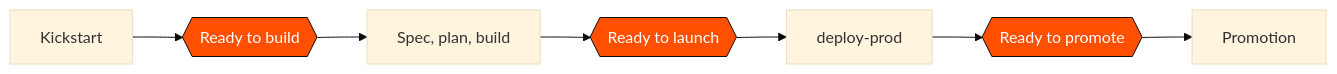
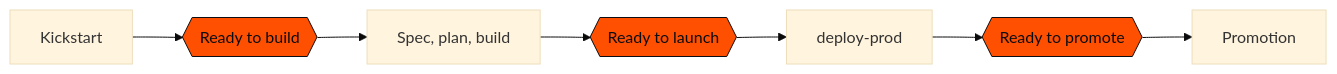
One commit to ouroboric-dev/ouroboric changed the diagram in docs/assets/diagrams/readiness-levels.mmd. Above: the diagram before and after it, drawn with Mermaid (base theme). The commit also changed 12 other files, not shown here.

```diff
--- a/docs/assets/diagrams/readiness-levels.mmd
+++ b/docs/assets/diagrams/readiness-levels.mmd
@@ -1,4 +1,4 @@
 flowchart LR
   K[Kickstart] --> RB{{Ready to build}} --> B[Spec, plan, build] --> RL{{Ready to launch}} --> D[deploy-prod] --> RP{{Ready to promote}} --> P[Promotion]
-  classDef gate fill:#FF4F00,color:#FFFFFF,stroke:#0B0D12
+  classDef gate fill:#FF4F00,color:#0B0D12,stroke:#0B0D12
   class RB,RL,RP gate
```
